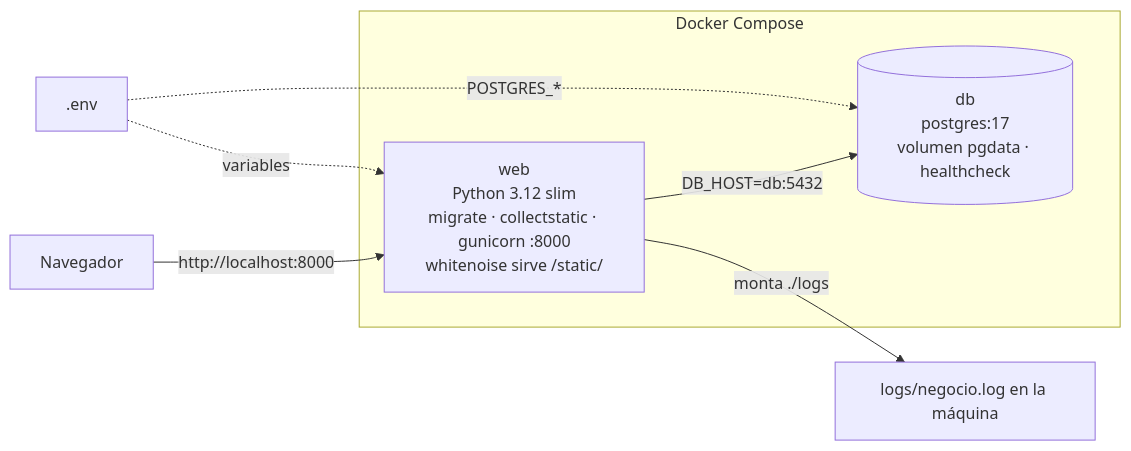
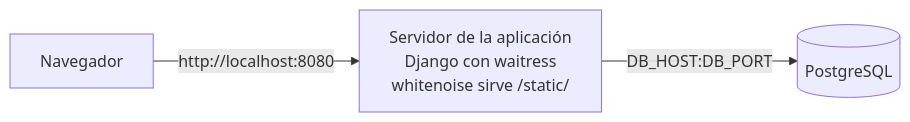
Before and after one commit to peterteranb/astra-rent-system: the second of 3 diagrams in docs/arquitectura.md, drawn with Mermaid. The commit also changed other lines of this file and 11 other files, not shown here.

Commit message:
chore: drop Docker and serve production locally with waitress

````diff
--- a/docs/arquitectura.md
+++ b/docs/arquitectura.md
@@ -92,12 +92,5 @@
 ```mermaid
 flowchart LR
-    U[Navegador] -->|http://localhost:8000| W
-    subgraph Docker Compose
-        W["web<br/>Python 3.12 slim<br/>migrate · collectstatic · gunicorn :8000<br/>whitenoise sirve /static/"]
-        D[("db<br/>postgres:17<br/>volumen pgdata · healthcheck")]
-    end
-    W -->|DB_HOST=db:5432| D
-    W -->|monta ./logs| LOG[logs/negocio.log en la máquina]
-    ENV[.env] -.->|variables| W
-    ENV -.->|POSTGRES_*| D
+    N[Navegador] -->|http://localhost:8080| S["Servidor de la aplicación<br/>Django con waitress<br/>whitenoise sirve /static/"]
+    S -->|DB_HOST:DB_PORT| D[(PostgreSQL)]
 ```
````
